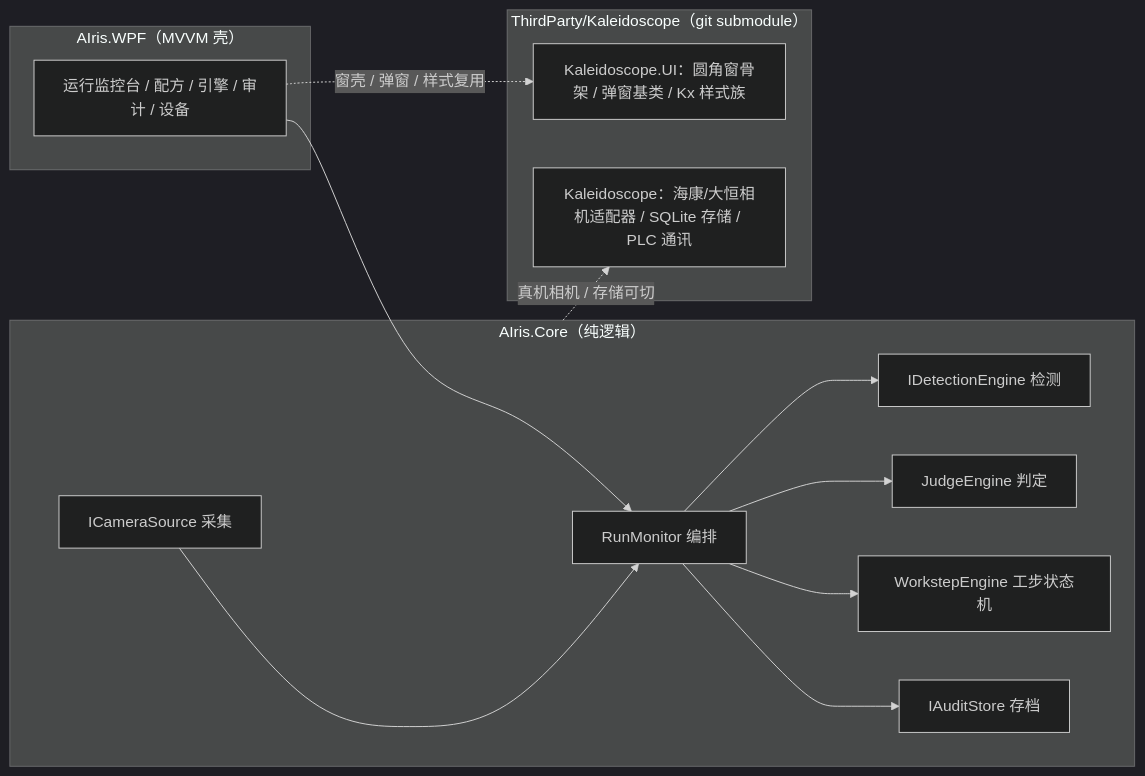
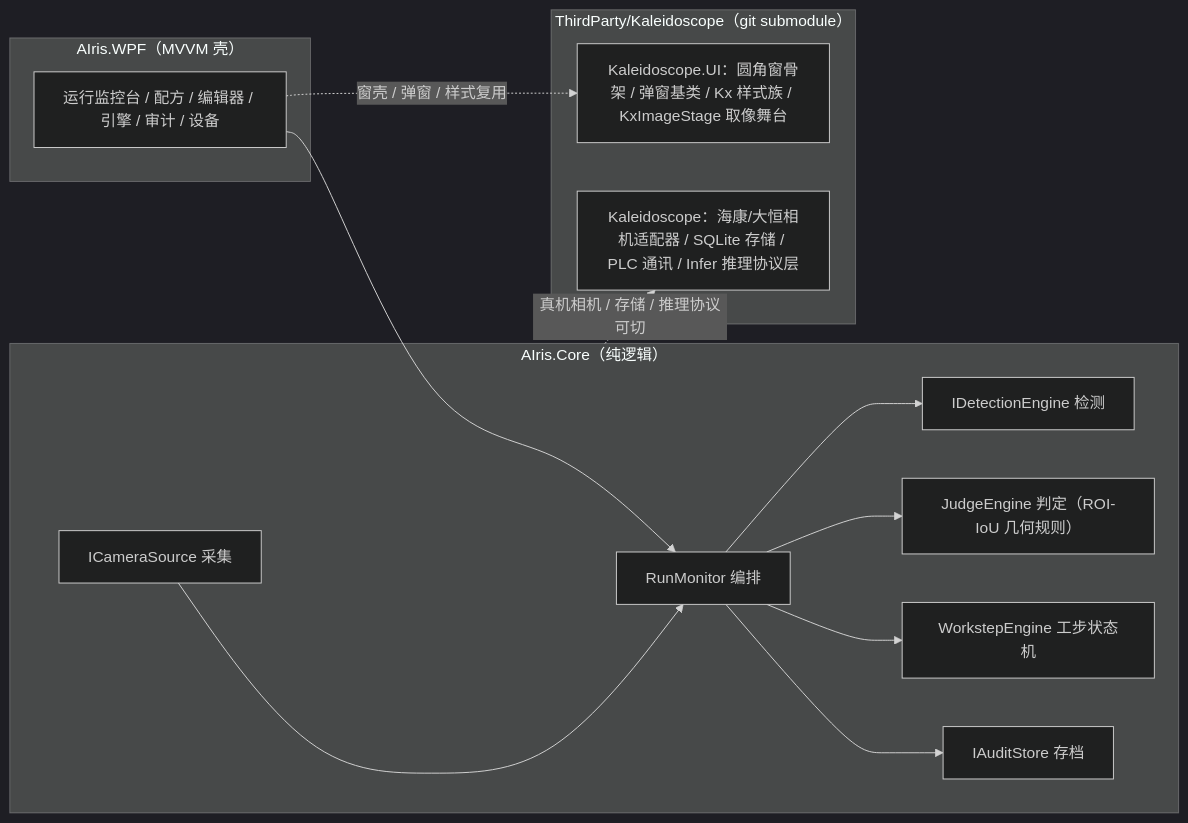
The diagram in README.md (lq700212/AIris), drawn with Mermaid (dark theme) before and after one commit. The commit also changed other lines of this file and 7 other files, not shown here.

First line of the commit message:
V0.1.10（2026-11-23）README 全量重写（最新实拍图 + 逐章节对齐 V0.1.9 现状）+ 演示配方 ROI 与 Mock 布局对齐修复

````diff
--- a/README.md
+++ b/README.md
@@ -60,20 +65,20 @@
 ```mermaid
 graph LR
     subgraph WPF["AIris.WPF（MVVM 壳）"]
-        UI["运行监控台 / 配方 / 引擎 / 审计 / 设备"]
+        UI["运行监控台 / 配方 / 编辑器 / 引擎 / 审计 / 设备"]
     end
     subgraph CORE["AIris.Core（纯逻辑）"]
         CAM["ICameraSource 采集"] --> MON["RunMonitor 编排"]
         MON --> ENG["IDetectionEngine 检测"]
-        MON --> JUDGE["JudgeEngine 判定"]
+        MON --> JUDGE["JudgeEngine 判定（ROI-IoU 几何规则）"]
         MON --> STEP["WorkstepEngine 工步状态机"]
         MON --> AUD["IAuditStore 存档"]
     end
     subgraph KAL["ThirdParty/Kaleidoscope（git submodule）"]
-        KUI["Kaleidoscope.UI：圆角窗骨架 / 弹窗基类 / Kx 样式族"]
-        KLIB["Kaleidoscope：海康/大恒相机适配器 / SQLite 存储 / PLC 通讯"]
+        KUI["Kaleidoscope.UI：圆角窗骨架 / 弹窗基类 / Kx 样式族 / KxImageStage 取像舞台"]
+        KLIB["Kaleidoscope：海康/大恒相机适配器 / SQLite 存储 / PLC 通讯 / Infer 推理协议层"]
     end
     UI --> MON
     UI -.->|"窗壳 / 弹窗 / 样式复用"| KUI
-    CORE -.->|"真机相机 / 存储可切"| KLIB
+    CORE -.->|"真机相机 / 存储 / 推理协议可切"| KLIB
 ```
````
